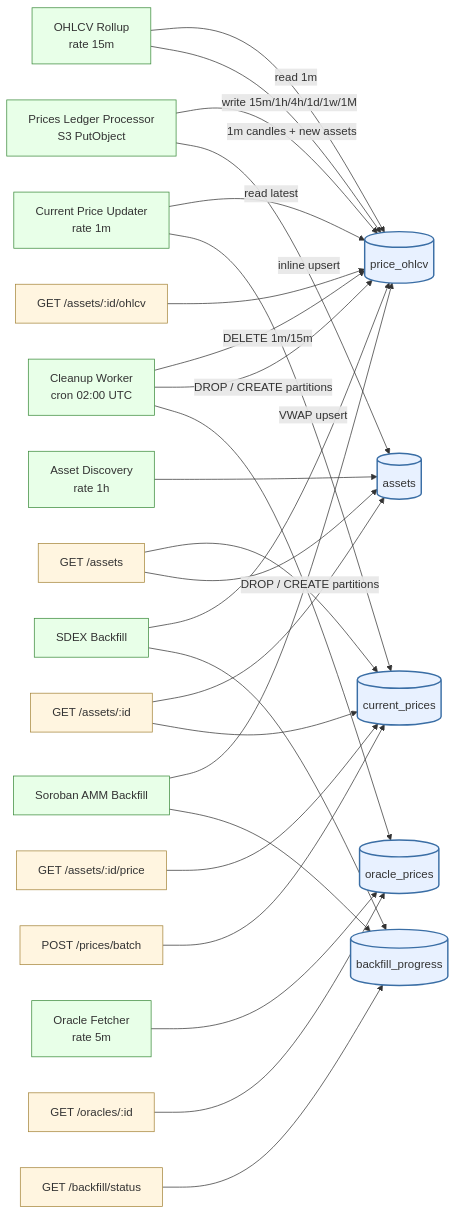
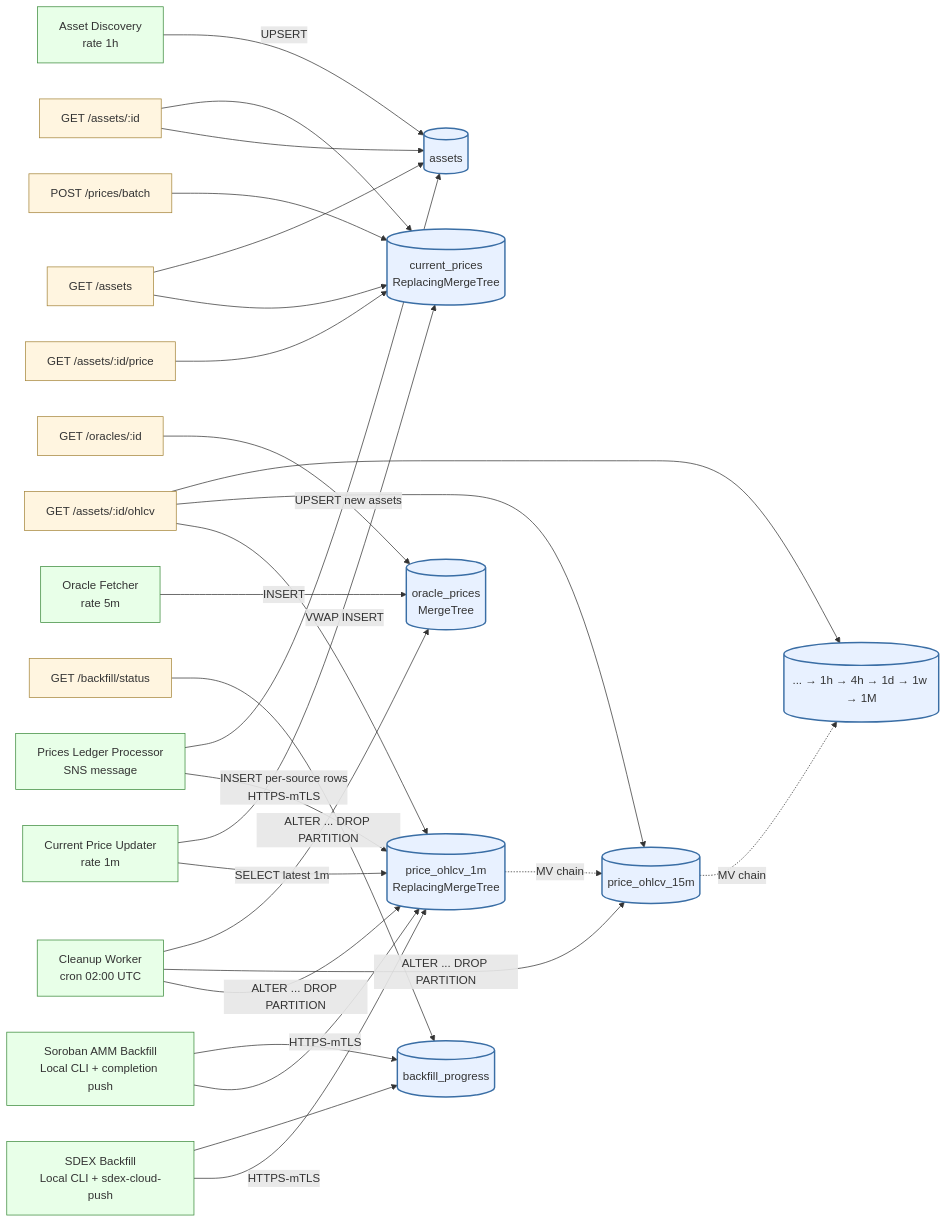
The sixth of 13 diagrams in docs/database-schema/database-schema-overview.md (rumblefishdev/stellar-prices-api), drawn with Mermaid before and after one commit. The commit also changed other lines of this file and 2 other files, not shown here.

First line of the commit message:
docs(lore-0049): rewrite database-schema/ for ADR 0007 (Hetzner CH)

````diff
--- a/docs/database-schema/database-schema-overview.md
+++ b/docs/database-schema/database-schema-overview.md
@@ -692,37 +842,39 @@
 ```mermaid
 flowchart LR
     %% Writers
-    PLP[Prices Ledger Processor<br/>S3 PutObject] -->|1m candles + new assets| OHLCV[(price_ohlcv)]
-    PLP -->|inline upsert| Assets[(assets)]
-    AD[Asset Discovery<br/>rate 1h] --> Assets
-    Rollup[OHLCV Rollup<br/>rate 15m] -->|read 1m| OHLCV
-    Rollup -->|write 15m/1h/4h/1d/1w/1M| OHLCV
-    CPU[Current Price Updater<br/>rate 1m] -->|read latest| OHLCV
-    CPU -->|VWAP upsert| Current[(current_prices)]
-    Oracle[Oracle Fetcher<br/>rate 5m] --> OracleP[(oracle_prices)]
-    Cleanup[Cleanup Worker<br/>cron 02:00 UTC] -->|DELETE 1m/15m| OHLCV
-    Cleanup -->|DROP / CREATE partitions| OHLCV
-    Cleanup -->|DROP / CREATE partitions| OracleP
-    SDEX[SDEX Backfill] --> OHLCV
+    PLP[Prices Ledger Processor<br/>SNS message] -->|INSERT per-source rows<br/>HTTPS-mTLS| OHLCV1m[(price_ohlcv_1m<br/>ReplacingMergeTree)]
+    PLP -->|UPSERT new assets| Assets[(assets)]
+    AD[Asset Discovery<br/>rate 1h] -->|UPSERT| Assets
+    OHLCV1m -.->|MV chain| OHLCV15m[(price_ohlcv_15m)]
+    OHLCV15m -.->|MV chain| OHLCVrest[(... → 1h → 4h → 1d → 1w → 1M)]
+    CPU[Current Price Updater<br/>rate 1m] -->|SELECT latest 1m| OHLCV1m
+    CPU -->|VWAP INSERT| Current[(current_prices<br/>ReplacingMergeTree)]
+    Oracle[Oracle Fetcher<br/>rate 5m] -->|INSERT| OracleP[(oracle_prices<br/>MergeTree)]
+    Cleanup[Cleanup Worker<br/>cron 02:00 UTC] -->|ALTER ... DROP PARTITION| OHLCV1m
+    Cleanup -->|ALTER ... DROP PARTITION| OHLCV15m
+    Cleanup -->|ALTER ... DROP PARTITION| OracleP
+    SDEX[SDEX Backfill<br/>Local CLI + sdex-cloud-push] -->|HTTPS-mTLS| OHLCV1m
     SDEX --> BP[(backfill_progress)]
-    AMM[Soroban AMM Backfill] --> OHLCV
+    AMM[Soroban AMM Backfill<br/>Local CLI + completion push] -->|HTTPS-mTLS| OHLCV1m
     AMM --> BP
 
     %% Readers (API endpoints)
     GET_assets[GET /assets] --> Current
     GET_assets --> Assets
     GET_asset[GET /assets/:id] --> Assets
     GET_asset --> Current
     GET_price[GET /assets/:id/price] --> Current
-    GET_ohlcv[GET /assets/:id/ohlcv] --> OHLCV
+    GET_ohlcv[GET /assets/:id/ohlcv] --> OHLCV1m
+    GET_ohlcv --> OHLCV15m
+    GET_ohlcv --> OHLCVrest
     POST_batch[POST /prices/batch] --> Current
     GET_oracle[GET /oracles/:id] --> OracleP
     GET_status[GET /backfill/status] --> BP
 
     classDef store fill:#e8f1ff,stroke:#3a6ea5,stroke-width:2px;
     classDef writer fill:#e8ffe8,stroke:#3a8a3a,stroke-width:1px;
     classDef reader fill:#fff5e0,stroke:#a5853a,stroke-width:1px;
-    class OHLCV,Assets,Current,OracleP,BP store;
-    class PLP,AD,Rollup,CPU,Oracle,Cleanup,SDEX,AMM writer;
+    class OHLCV1m,OHLCV15m,OHLCVrest,Assets,Current,OracleP,BP store;
+    class PLP,AD,CPU,Oracle,Cleanup,SDEX,AMM writer;
     class GET_assets,GET_asset,GET_price,GET_ohlcv,POST_batch,GET_oracle,GET_status reader;
 ```
````
